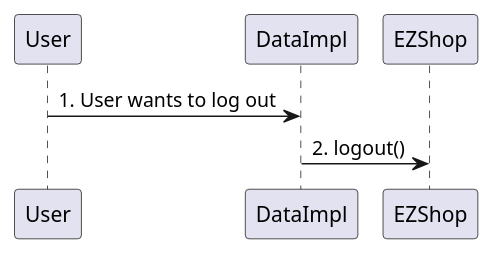
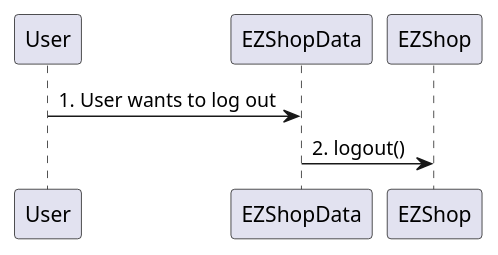
Before and after one commit to djemar/softeng_ezshop: diagram 16 of 31 in Deliverables/DesignDocument.md, drawn with PlantUML. The commit also changed other lines of this file, not shown here.

Commit message:
update SequenceDiagrams

````diff
--- a/Deliverables/DesignDocument.md
+++ b/Deliverables/DesignDocument.md
@@ -391,5 +392,5 @@
 ```plantuml
-"User" -> "DataImpl" : 1. User wants to log out
-"DataImpl" -> "EZShop" : 2. logout()
+"User" -> "EZShopData" : 1. User wants to log out
+"EZShopData" -> "EZShop" : 2. logout()
 
 ```
````
